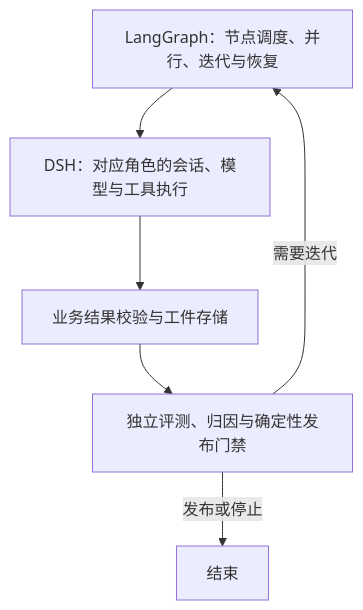
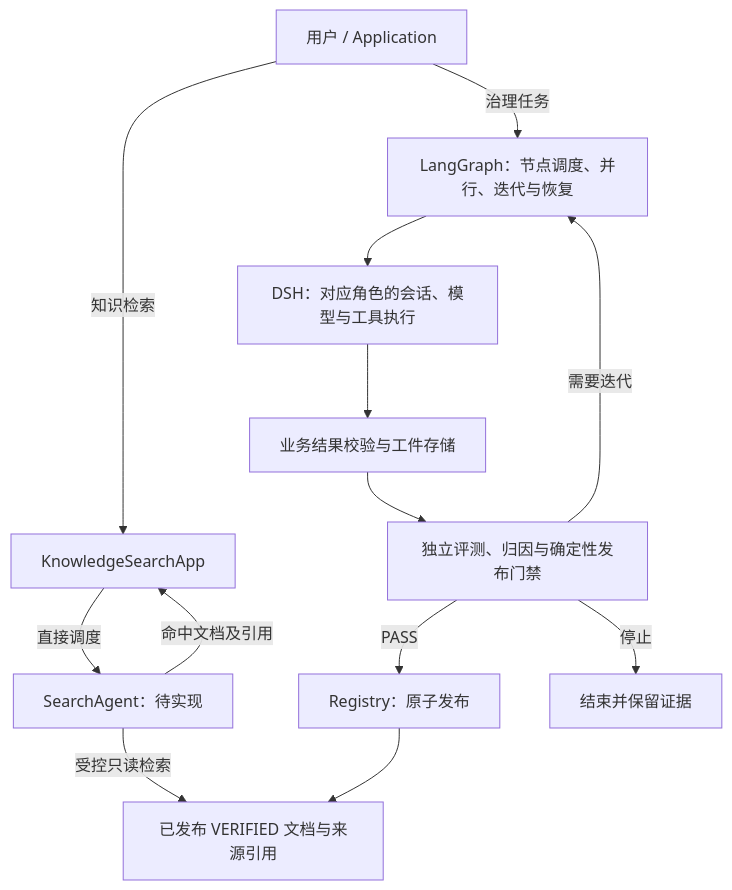
One commit to linlisWorkTeam/domain-knowledge changed the first of 2 diagrams in docs/ARCHITECTURE.md. Above: the diagram before and after it, drawn with Mermaid. The commit also changed other lines of this file and 19 other files, not shown here.

Commit message:
docs: define application-dispatched SearchAgent and retrieval flow

````diff
--- a/docs/ARCHITECTURE.md
+++ b/docs/ARCHITECTURE.md
@@ -18,8 +20,15 @@
 ```mermaid
 flowchart TD
+    U[用户 / Application] -->|治理任务| A
+    U -->|知识检索| S[KnowledgeSearchApp]
+    S -->|直接调度| SA[SearchAgent：待实现]
+    SA -->|受控只读检索| K[已发布 VERIFIED 文档与来源引用]
+    SA -->|命中文档及引用| S
     A[LangGraph：节点调度、并行、迭代与恢复] --> B[DSH：对应角色的会话、模型与工具执行]
     B --> C[业务结果校验与工件存储]
     C --> D[独立评测、归因与确定性发布门禁]
     D -->|需要迭代| A
-    D -->|发布或停止| E[结束]
+    D -->|PASS| P[Registry：原子发布]
+    P --> K
+    D -->|停止| E[结束并保留证据]
 ```
````
